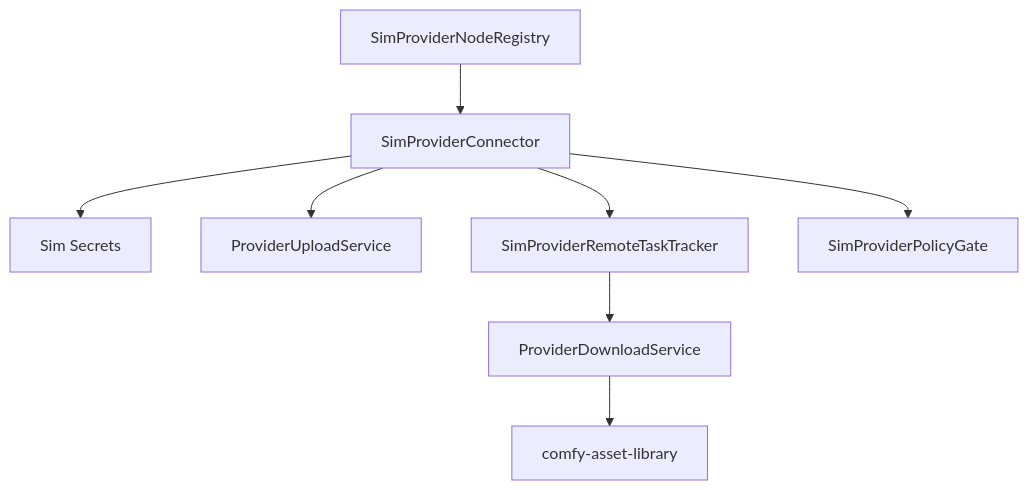
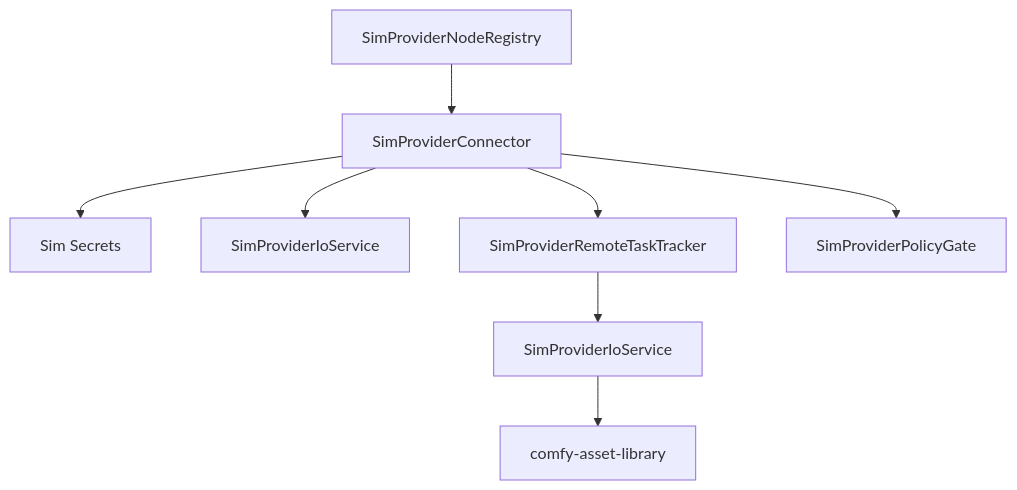
The diagram in .agents/specs/godot-migration/comfy-api-provider-nodes/design.md (imagineerings/xor), drawn with Mermaid before and after one commit. The commit also changed other lines of this file and 4 other files, not shown here.

First line of the commit message:
feat(world_model): add native Sim provider IO (#220)

````diff
--- a/.agents/specs/godot-migration/comfy-api-provider-nodes/design.md
+++ b/.agents/specs/godot-migration/comfy-api-provider-nodes/design.md
@@ -9,10 +9,10 @@
 ```mermaid
 flowchart TD
     Registry[SimProviderNodeRegistry] --> Connector[SimProviderConnector]
     Connector --> Secrets[Sim Secrets]
-    Connector --> Upload[ProviderUploadService]
+    Connector --> Upload[SimProviderIoService]
     Connector --> Remote[SimProviderRemoteTaskTracker]
-    Remote --> Download[ProviderDownloadService]
+    Remote --> Download[SimProviderIoService]
     Download --> Assets[comfy-asset-library]
     Connector --> Policy[SimProviderPolicyGate]
 ```
````
